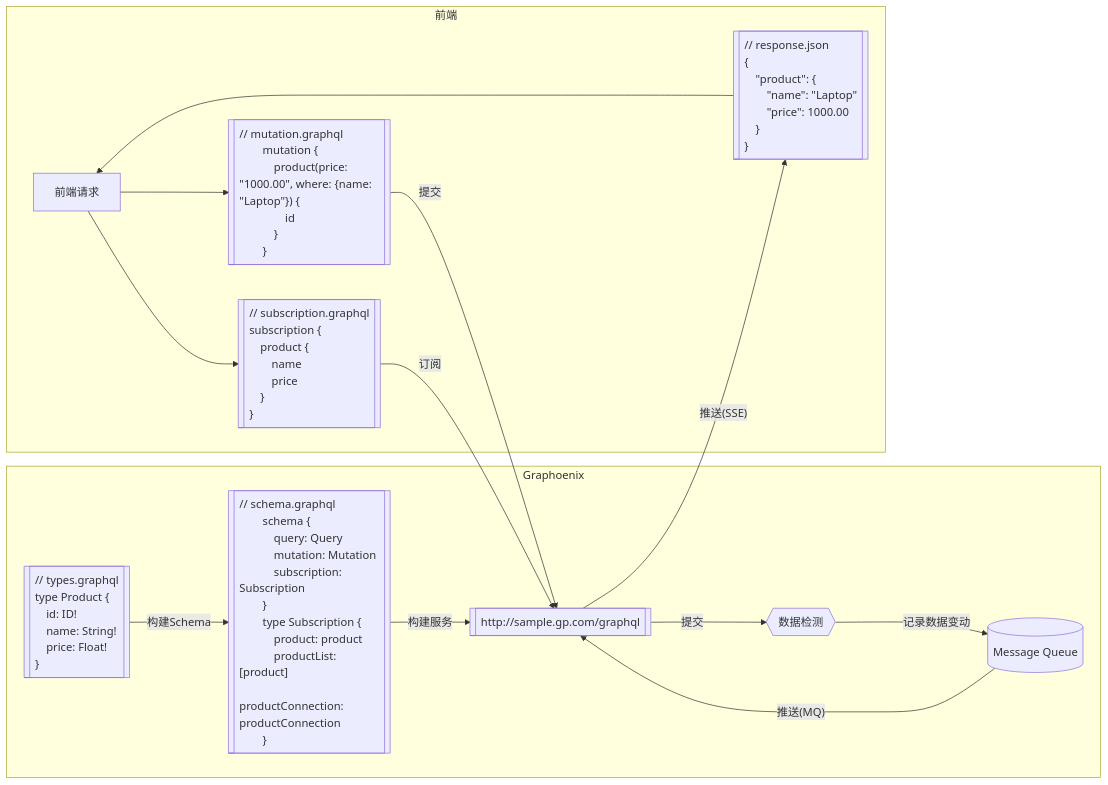
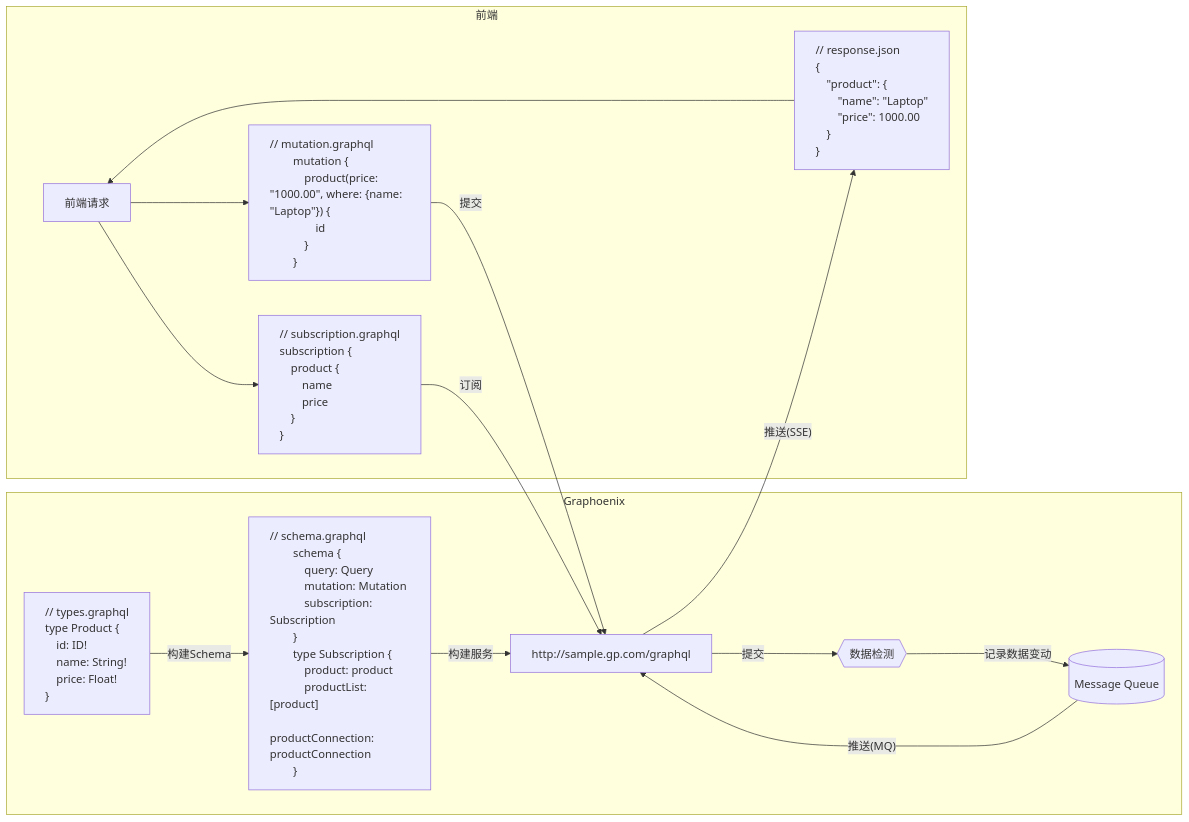
One commit to doukai/gp-doc.github.io changed diagram 11 of 12 in docs/intro.md. Above: the diagram before and after it, drawn with Mermaid. The commit also changed other lines of this file, not shown here.

````diff
--- a/docs/intro.md
+++ b/docs/intro.md
@@ -386,58 +392,58 @@
 ```mermaid
 flowchart LR
     request --> mutation -- 提交 --> http
     request --> subscription -- 订阅 --> http
     http -- 推送(SSE) --> response --> request
     subgraph Graphoenix
         mq[(Message Queue)]
-        schema[["// types.graphql
+        schema["// types.graphql
         type Product {
         &emsp;id: ID!
         &emsp;name: String!
         &emsp;price: Float!
-        }"]]
-        graphql[["// schema.graphql
+        }"]
+        graphql["// schema.graphql
         schema {
         &emsp;query: Query
         &emsp;mutation: Mutation
         &emsp;subscription: Subscription
         }
         type Subscription {
         &emsp;product: product
         &emsp;productList: [product]
         &emsp;productConnection: productConnection
-        }"]]
-        http[["http://sample.gp.com/graphql"]]
+        }"]
+        http["http://sample.gp.com/graphql"]
         schema -- 构建Schema --> graphql -- 构建服务 --> http
         http -- 提交 --> merge{{数据检测}} -- 记录数据变动 --> mq
         mq -- 推送(MQ) --> http
     end
     subgraph 前端
         request[前端请求]
-        mutation[["// mutation.graphql
+        mutation["// mutation.graphql
         mutation {
         &emsp;product(price: &quot;1000.00&quot;, where: {name: &quot;Laptop&quot}) {
         &emsp;&emsp;id
         &emsp;}
-        }"]]
-        subscription[["// subscription.graphql
+        }"]
+        subscription["// subscription.graphql
         subscription {
         &emsp;product {
         &emsp;&emsp;name
         &emsp;&emsp;price
         &emsp;}
-        }"]]
-        response[["// response.json
+        }"]
+        response["// response.json
         {
         &emsp;&quot;product&quot;: {
         &emsp;&emsp;&quot;name&quot;: &quot;Laptop&quot;
         &emsp;&emsp;&quot;price&quot;: 1000.00
         &emsp;}
-        }"]]
+        }"]
     end
     style schema text-align:left
     style graphql text-align:left
     style subscription text-align:left
     style mutation text-align:left
     style response text-align:left
 ```
````
